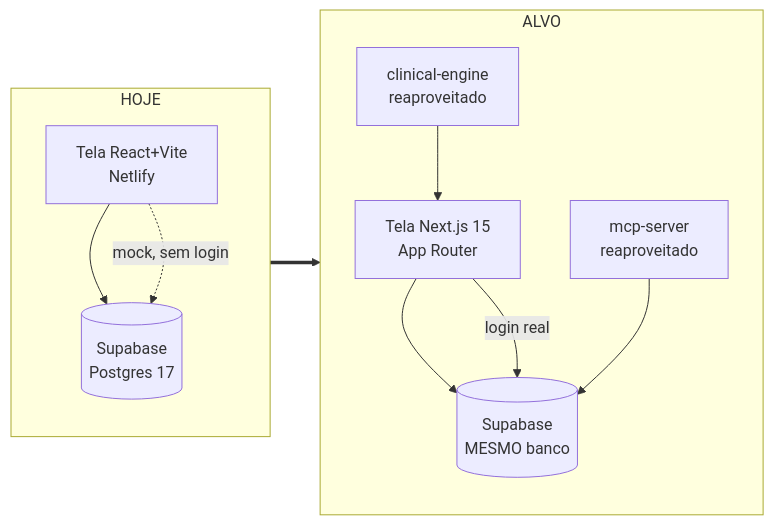
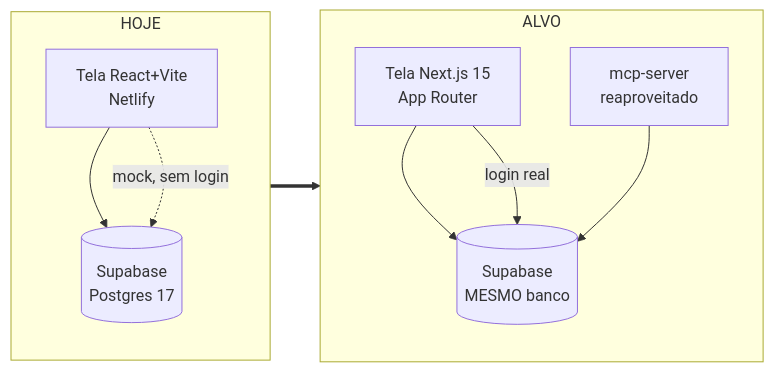
Before and after one commit to doutortenente/SASI: the first of 3 diagrams in docs/PLANO-SASI-v3.md, drawn with Mermaid. The commit also changed other lines of this file and 198 other files, not shown here.

````diff
--- a/docs/PLANO-SASI-v3.md
+++ b/docs/PLANO-SASI-v3.md
@@ -132,14 +132,13 @@
 ```mermaid
 flowchart LR
   subgraph HOJE
     A1[Tela React+Vite<br/>Netlify] --> B[(Supabase<br/>Postgres 17)]
     A1 -. mock, sem login .-> B
   end
   subgraph ALVO
     A2[Tela Next.js 15<br/>App Router] --> B2[(Supabase<br/>MESMO banco)]
     A2 -- login real --> B2
     MCP[mcp-server<br/>reaproveitado] --> B2
-    CE[clinical-engine<br/>reaproveitado] --> A2
   end
   HOJE ==> ALVO
 ```
````
